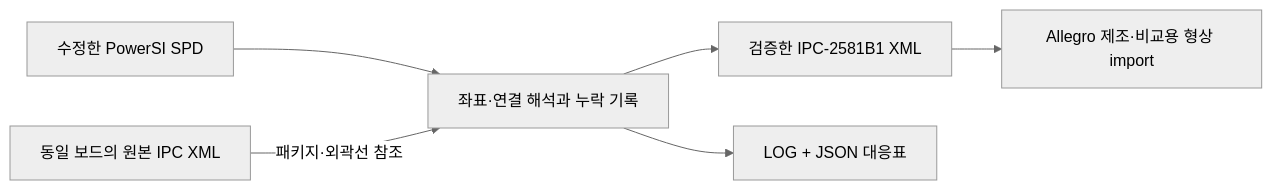
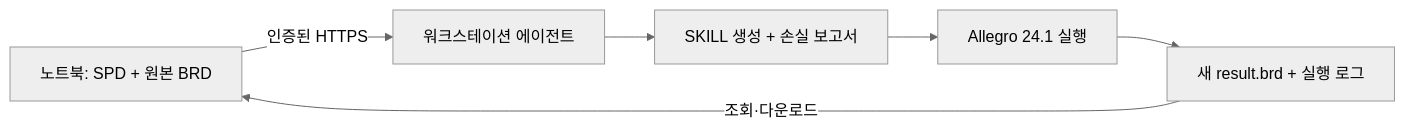
Before and after one commit to yunhyok/BRD-SPD-IPC2581: the diagram in README.md, drawn with Mermaid (neutral theme). The commit also changed other lines of this file and 23 other files, not shown here.

Commit message:
Add native Allegro SKILL updates and authenticated workstation jobs

````diff
--- a/README.md
+++ b/README.md
@@ -19,8 +23,8 @@
 ```mermaid
 flowchart LR
-    S[수정한 PowerSI SPD] --> C[좌표·연결 해석과 누락 기록]
-    R[동일 보드의 원본 IPC XML] -->|패키지·외곽선 참조| C
-    C --> X[검증한 IPC-2581B1 XML]
-    C --> L[LOG + JSON 대응표]
-    X --> A[Allegro 제조·비교용 형상 import]
+    L[노트북: SPD + 원본 BRD] -->|인증된 HTTPS| W[워크스테이션 에이전트]
+    W --> S[SKILL 생성 + 손실 보고서]
+    S --> A[Allegro 24.1 실행]
+    A --> R[새 result.brd + 실행 로그]
+    R -->|조회·다운로드| L
 ```
````
